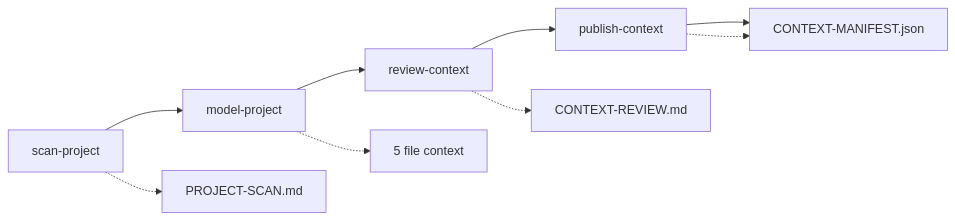
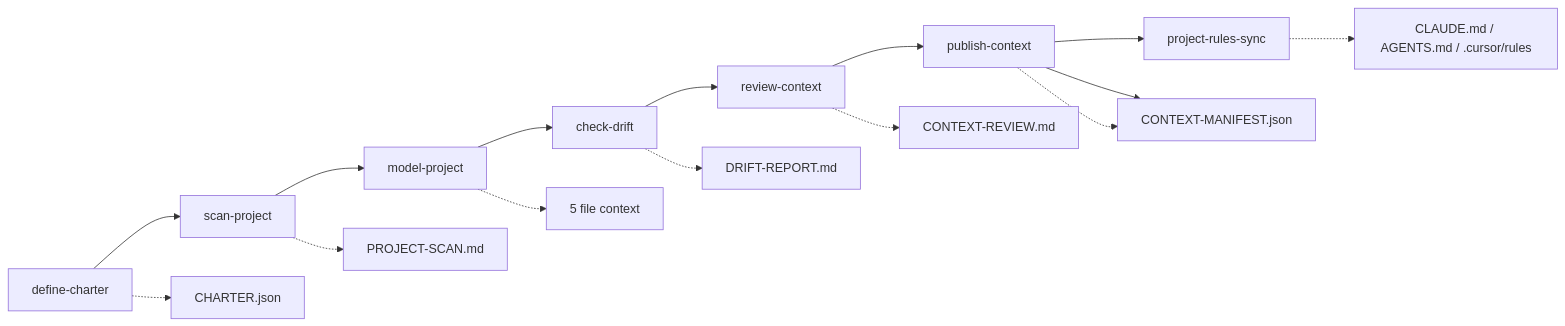
Before and after one commit to o00ontcong/aidlc: the fifth of 8 diagrams in packages/extension/media/guides/cohesive-delivery.md, drawn with Mermaid. The commit also changed other lines of this file and 18 other files, not shown here.

First line of the commit message:
feat(core): seed project Charter, drift check, and rules sync

````diff
--- a/packages/extension/media/guides/cohesive-delivery.md
+++ b/packages/extension/media/guides/cohesive-delivery.md
@@ -144,12 +144,18 @@
 ```mermaid
 flowchart LR
-  S1[scan-project] --> S2[model-project]
-  S2 --> S3[review-context]
+  S0[define-charter] --> S1[scan-project]
+  S1 --> S2[model-project]
+  S2 --> S2b[check-drift]
+  S2b --> S3[review-context]
   S3 --> S4[publish-context]
+  S4 --> S5[project-rules-sync]
   S4 --> M[CONTEXT-MANIFEST.json]
 
+  S0 -.-> C[CHARTER.json]
   S1 -.-> P1[PROJECT-SCAN.md]
   S2 -.-> P2[5 file context]
+  S2b -.-> D[DRIFT-REPORT.md]
   S3 -.-> P3[CONTEXT-REVIEW.md]
   S4 -.-> M
+  S5 -.-> R[CLAUDE.md / AGENTS.md / .cursor/rules]
 ```
````
